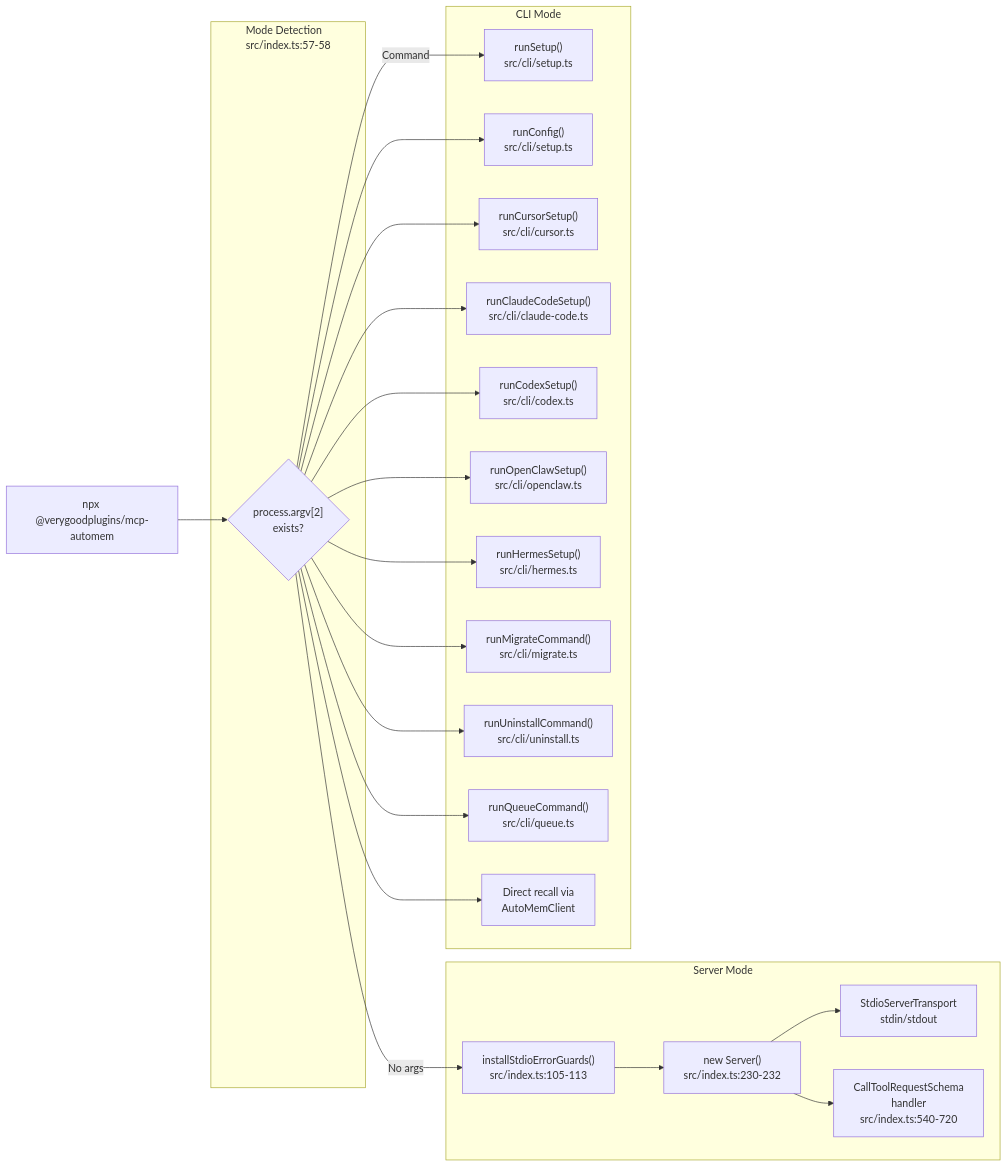
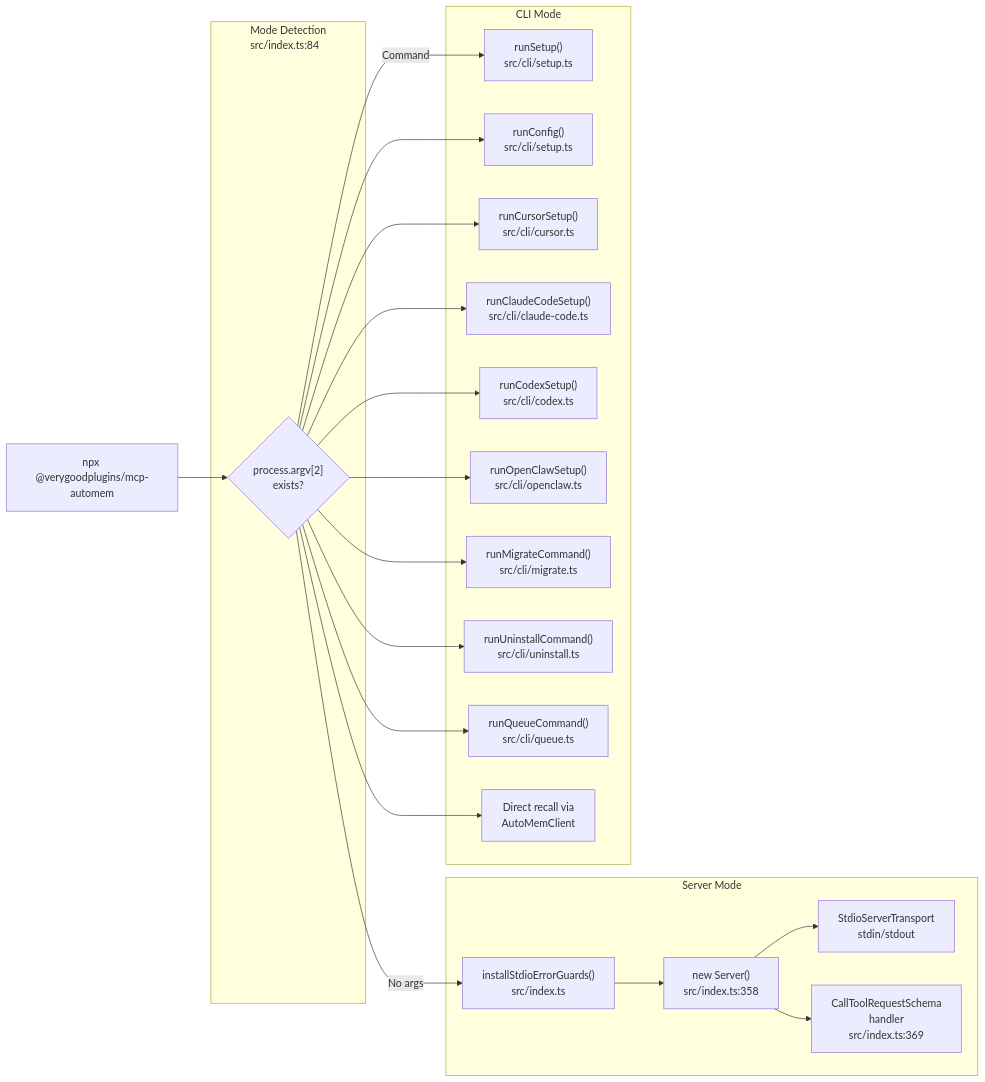
The second of 6 diagrams in src/content/docs/docs/architecture/mcp-bridge.md (verygoodplugins/automem-website), drawn with Mermaid before and after one commit. The commit also changed other lines of this file, not shown here.

First line of the commit message:
docs: fix drift in MCP Bridge architecture page (#196)

````diff
--- a/src/content/docs/docs/architecture/mcp-bridge.md
+++ b/src/content/docs/docs/architecture/mcp-bridge.md
@@ -81,48 +81,46 @@
 ```mermaid
 graph LR
     START["npx @verygoodplugins/mcp-automem"]
 
-    subgraph Detection["Mode Detection<br/>src/index.ts:57-58"]
+    subgraph Detection["Mode Detection<br/>src/index.ts:84"]
         CHECK{"process.argv[2]<br/>exists?"}
     end
 
     subgraph Server_Mode["Server Mode"]
-        STDIO_GUARD["installStdioErrorGuards()<br/>src/index.ts:105-113"]
-        MCP_SERVER["new Server()<br/>src/index.ts:230-232"]
+        STDIO_GUARD["installStdioErrorGuards()<br/>src/index.ts"]
+        MCP_SERVER["new Server()<br/>src/index.ts:358"]
         STDIO_TRANSPORT["StdioServerTransport<br/>stdin/stdout"]
-        TOOL_HANDLER["CallToolRequestSchema<br/>handler<br/>src/index.ts:540-720"]
+        TOOL_HANDLER["CallToolRequestSchema<br/>handler<br/>src/index.ts:369"]
     end
 
     subgraph CLI_Mode["CLI Mode"]
         SETUP["runSetup()<br/>src/cli/setup.ts"]
         CONFIG["runConfig()<br/>src/cli/setup.ts"]
         CURSOR["runCursorSetup()<br/>src/cli/cursor.ts"]
         CLAUDE_CODE["runClaudeCodeSetup()<br/>src/cli/claude-code.ts"]
         CODEX["runCodexSetup()<br/>src/cli/codex.ts"]
         OPENCLAW["runOpenClawSetup()<br/>src/cli/openclaw.ts"]
-        HERMES["runHermesSetup()<br/>src/cli/hermes.ts"]
         MIGRATE["runMigrateCommand()<br/>src/cli/migrate.ts"]
         UNINSTALL["runUninstallCommand()<br/>src/cli/uninstall.ts"]
         QUEUE["runQueueCommand()<br/>src/cli/queue.ts"]
         RECALL["Direct recall via<br/>AutoMemClient"]
     end
 
     START --> CHECK
     CHECK -->|"No args"| STDIO_GUARD
     CHECK -->|"Command"| SETUP
 
     STDIO_GUARD --> MCP_SERVER
     MCP_SERVER --> STDIO_TRANSPORT
     MCP_SERVER --> TOOL_HANDLER
 
     CHECK --> CONFIG
     CHECK --> CURSOR
     CHECK --> CLAUDE_CODE
     CHECK --> CODEX
     CHECK --> OPENCLAW
-    CHECK --> HERMES
     CHECK --> MIGRATE
     CHECK --> UNINSTALL
     CHECK --> QUEUE
     CHECK --> RECALL
 ```
````
